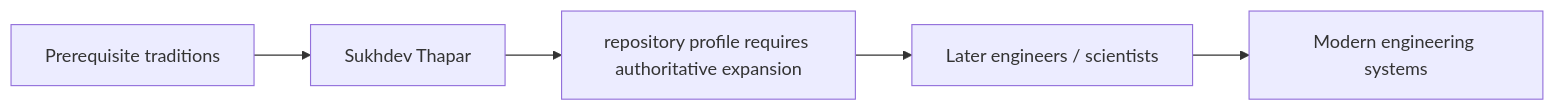
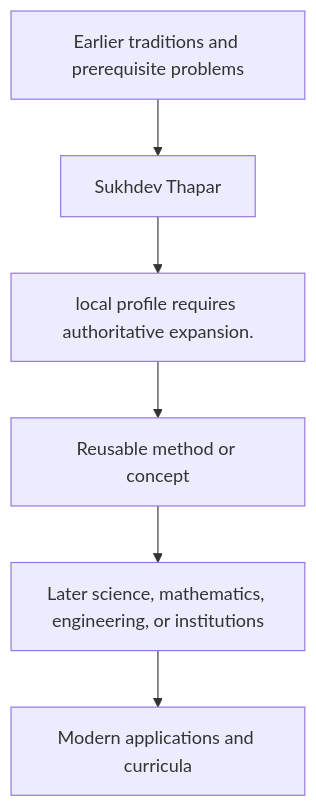
Before and after one commit to via-decide/ViaLogic: the diagram in docs/history/sukhdev-thapar/influence.md, drawn with Mermaid. The commit also changed other lines of this file and 858 other files, not shown here.

````diff
--- a/docs/history/sukhdev-thapar/influence.md
+++ b/docs/history/sukhdev-thapar/influence.md
@@ -29,7 +16,8 @@
 ```mermaid
-graph LR
-  prerequisites["Prerequisite traditions"] --> current["Sukhdev Thapar"]
-  current --> contribution["repository profile requires authoritative expansion"]
-  contribution --> successors["Later engineers / scientists"]
-  successors --> modern["Modern engineering systems"]
+graph TD
+  Prior[Earlier traditions and prerequisite problems] --> Person[Sukhdev Thapar]
+  Person --> Contribution[local profile requires authoritative expansion.]
+  Contribution --> Method[Reusable method or concept]
+  Method --> Later[Later science, mathematics, engineering, or institutions]
+  Later --> Modern[Modern applications and curricula]
 ```
````
